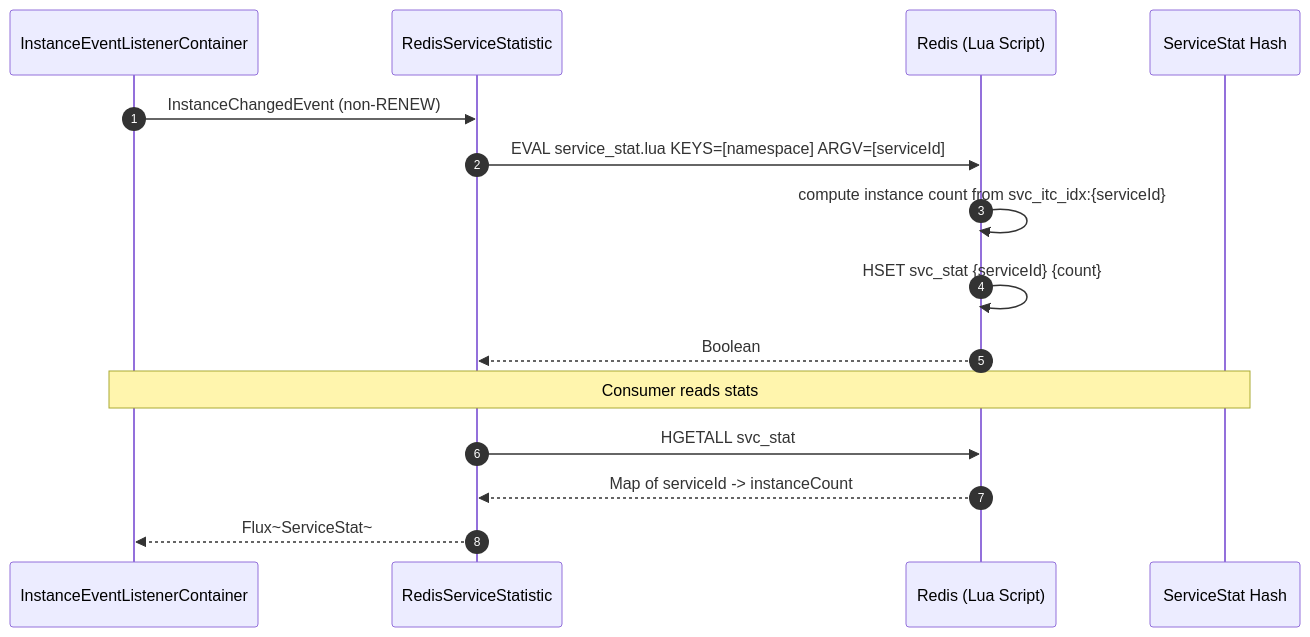
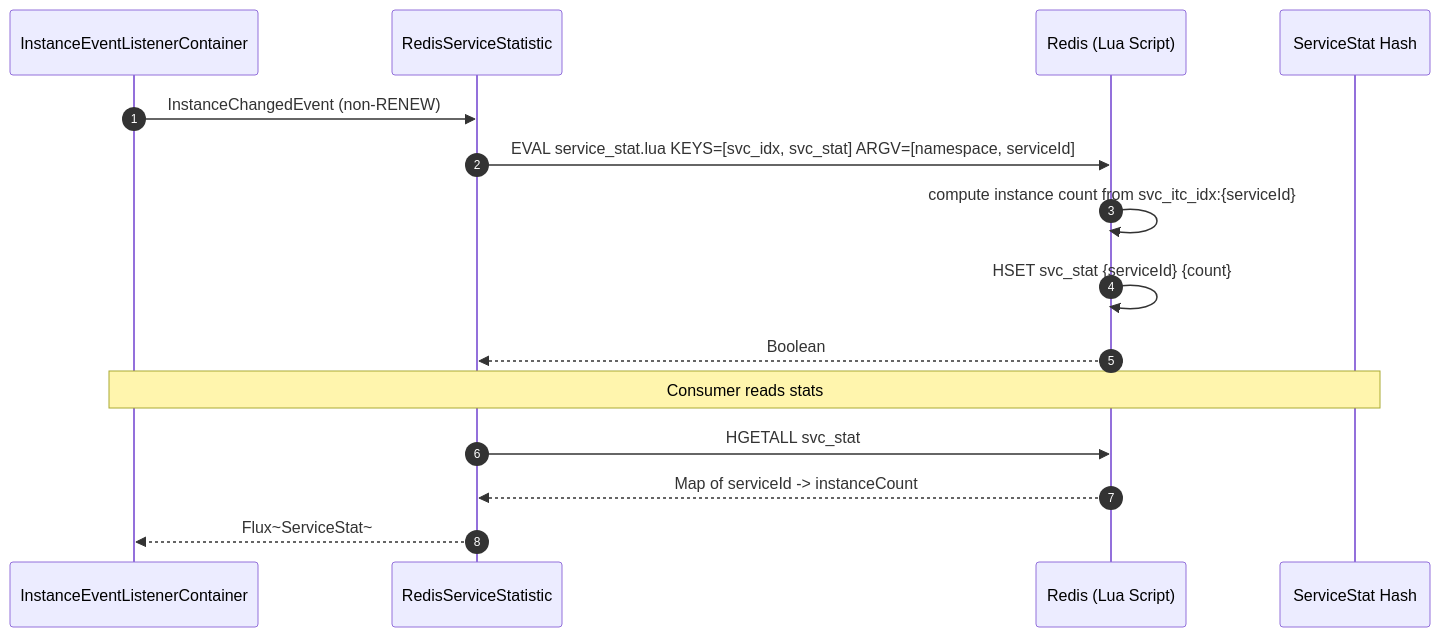
One commit to Ahoo-Wang/CoSky changed the third of 4 diagrams in wiki/guide/service-discovery.md. Above: the diagram before and after it, drawn with Mermaid. The commit also changed other lines of this file and 201 other files, not shown here.

First line of the commit message:
Architecture & quality overhaul: consistent caches, Lua modularization, expiry reaping, security hardening (#985)

````diff
--- a/wiki/guide/service-discovery.md
+++ b/wiki/guide/service-discovery.md
@@ -155,19 +156,19 @@
 ```mermaid
 sequenceDiagram
     autonumber
     participant Event as InstanceEventListenerContainer
     participant RSS as RedisServiceStatistic
     participant Redis as Redis (Lua Script)
     participant Data as ServiceStat Hash
 
     Event->>RSS: InstanceChangedEvent (non-RENEW)
-    RSS->>Redis: EVAL service_stat.lua KEYS=[namespace] ARGV=[serviceId]
+    RSS->>Redis: EVAL service_stat.lua KEYS=[svc_idx, svc_stat] ARGV=[namespace, serviceId]
     Redis->>Redis: compute instance count from svc_itc_idx:{serviceId}
     Redis->>Redis: HSET svc_stat {serviceId} {count}
     Redis-->>RSS: Boolean
 
     Note over Event,Data: Consumer reads stats
     RSS->>Redis: HGETALL svc_stat
     Redis-->>RSS: Map of serviceId -> instanceCount
     RSS-->>Event: Flux~ServiceStat~
 ```
````
